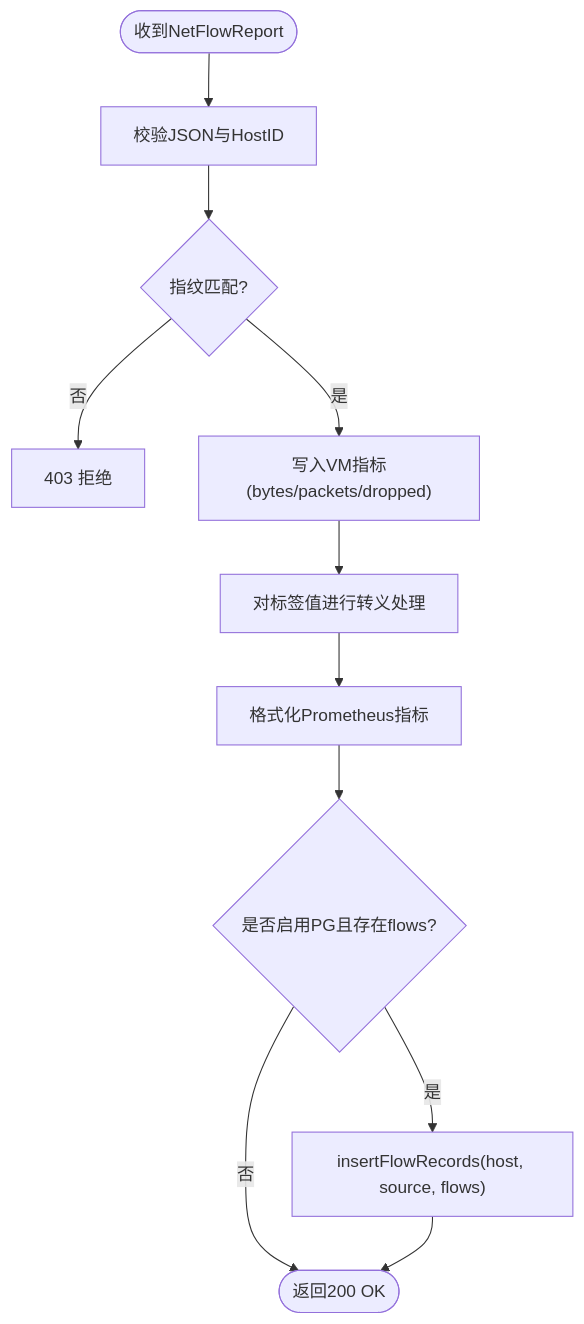
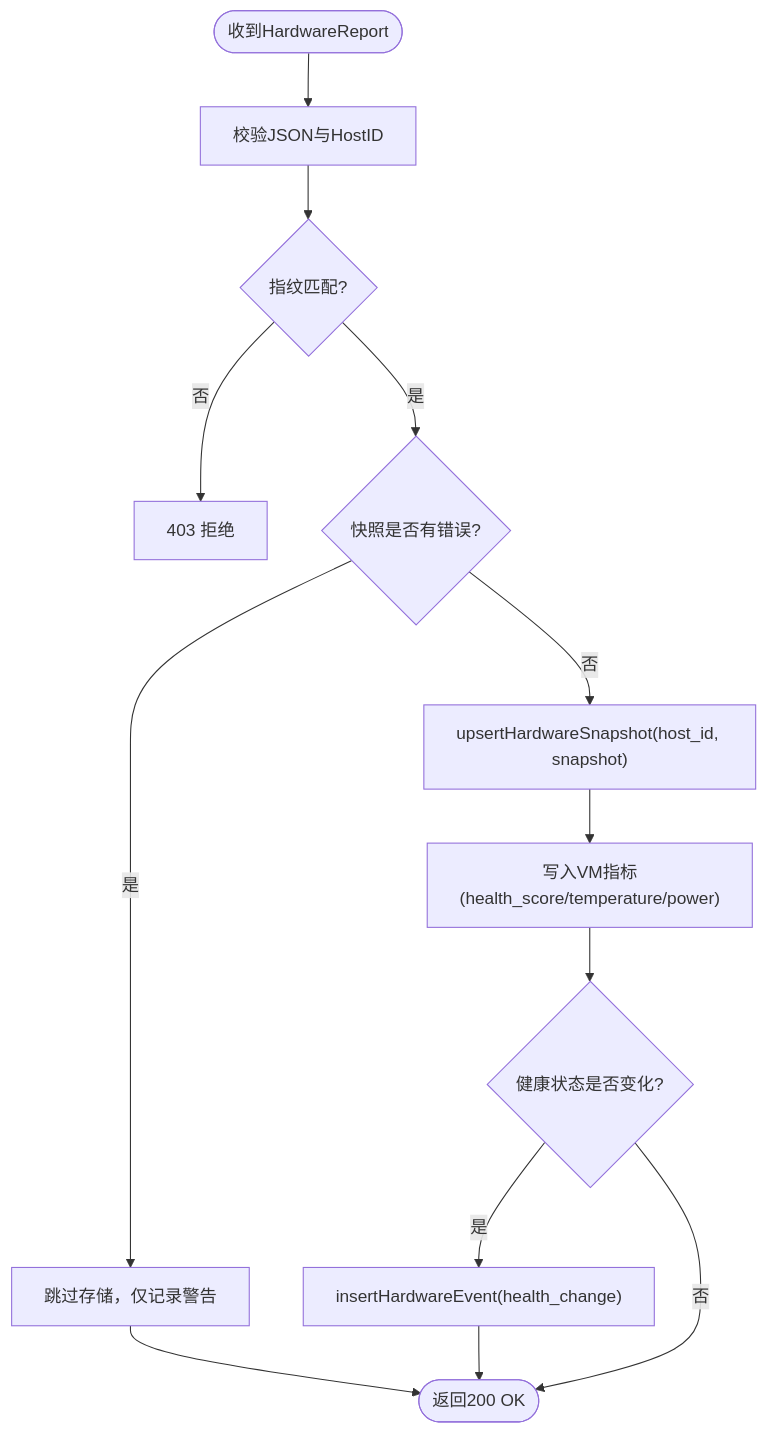
The fifth of 6 diagrams in .qoder/repowiki/zh/content/架构设计/Agent 客户端架构/NetFlow网络流量采集器.md (sreyun/aiops-monitor), drawn with Mermaid before and after one commit. The commit also changed other lines of this file and 38 other files, not shown here.

````diff
--- a/.qoder/repowiki/zh/content/架构设计/Agent 客户端架构/NetFlow网络流量采集器.md
+++ b/.qoder/repowiki/zh/content/架构设计/Agent 客户端架构/NetFlow网络流量采集器.md
@@ -344,13 +357,15 @@
 ```mermaid
 flowchart TD
-Start(["收到NetFlowReport"]) --> Validate["校验JSON与HostID"]
+Start(["收到HardwareReport"]) --> Validate["校验JSON与HostID"]
 Validate --> FP{"指纹匹配?"}
 FP -- 否 --> Deny["403 拒绝"]
-FP -- 是 --> WriteVM["写入VM指标(bytes/packets/dropped)"]
-WriteVM --> EscapeLabels["对标签值进行转义处理"]
-EscapeLabels --> FormatMetric["格式化Prometheus指标"]
-FormatMetric --> StorePG{"是否启用PG且存在flows?"}
-StorePG -- 是 --> InsertPG["insertFlowRecords(host, source, flows)"]
-StorePG -- 否 --> End(["返回200 OK"])
-InsertPG --> End
+FP -- 是 --> CheckError{"快照是否有错误?"}
+CheckError -- 是 --> SkipStore["跳过存储，仅记录警告"]
+CheckError -- 否 --> UpsertPG["upsertHardwareSnapshot(host_id, snapshot)"]
+UpsertPG --> WriteVM["写入VM指标(health_score/temperature/power)"]
+WriteVM --> HealthChange{"健康状态是否变化?"}
+HealthChange -- 是 --> InsertEvent["insertHardwareEvent(health_change)"]
+HealthChange -- 否 --> End(["返回200 OK"])
+SkipStore --> End
+InsertEvent --> End
 ```
````
